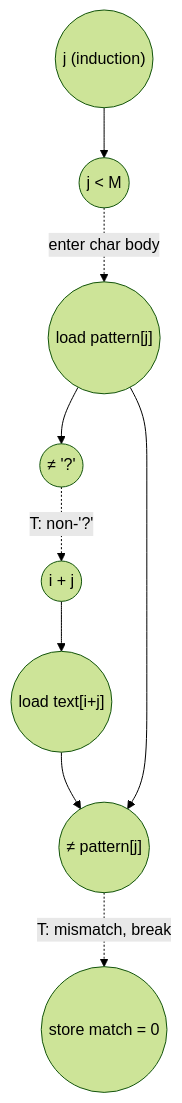
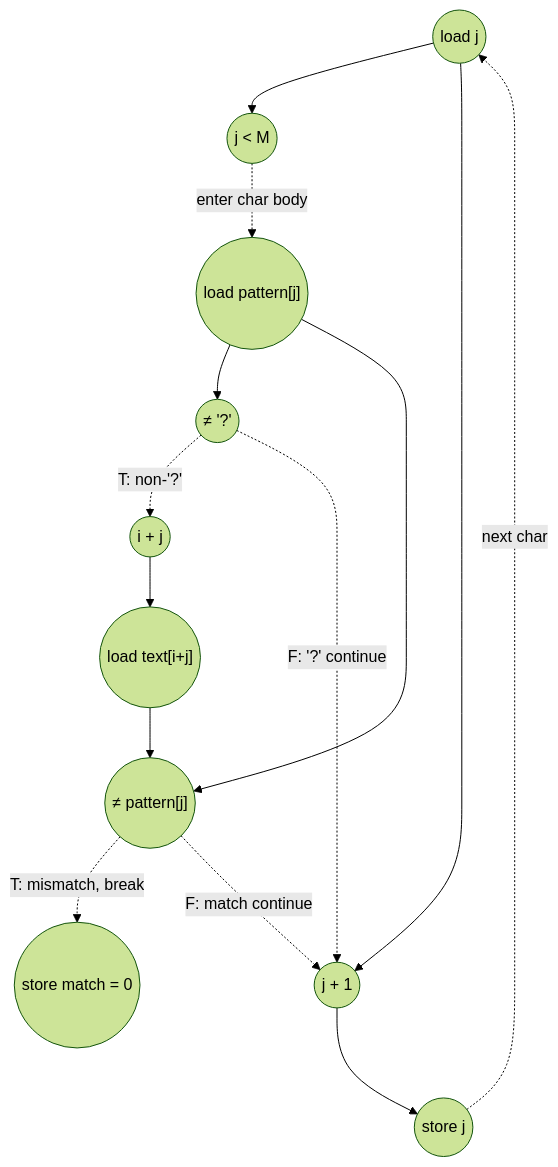
The diagram in tests/app/wildcard_match/wildcard_match_eval.md (PolyArch/loom), drawn with Mermaid (forest theme) before and after one commit. The commit also changed other lines of this file and 2 other files, not shown here.

````diff
--- a/tests/app/wildcard_match/wildcard_match_eval.md
+++ b/tests/app/wildcard_match/wildcard_match_eval.md
@@ -168,25 +192,33 @@
 ```mermaid
 graph TD
-    j(("j (induction)"))
+    ld_j(("load j"))
     bound_j((" j < M "))
     ld_pat(("load pattern[j]"))
     cmp_wc((" ≠ '?' "))
     addr((" i + j "))
     ld_txt(("load text[i+j]"))
     cmp_ch((" ≠ pattern[j] "))
     st_m0(("store match = 0"))
+    inc_j((" j + 1 "))
+    st_j(("store j"))
 
-    j --> bound_j
+    ld_j --> bound_j
     bound_j -. enter char body .-> ld_pat
     ld_pat --> cmp_wc
     %% && short-circuit: second operand gated by the first compare being TRUE
     cmp_wc -. T: non-'?' .-> addr
     addr --> ld_txt
     ld_txt --> cmp_ch
     ld_pat --> cmp_ch
-    %% mismatch path (break)
+    %% mismatch path (break) — no j++
     cmp_ch -. T: mismatch, break .-> st_m0
-    %% match/continue path: cmp_wc FALSE ('?') or cmp_ch FALSE → next char's j<M
+    %% continue path → j++ (gated by the determination compare)
+    cmp_wc -. F: '?' continue .-> inc_j
+    cmp_ch -. F: match continue .-> inc_j
+    ld_j --> inc_j
+    inc_j --> st_j
+    %% carried recurrence: store j feeds the next char's load j
+    st_j -. next char .-> ld_j
 
-    %% Critical path (matching char, 6): j → bound_j → [gate] → ld_pat → cmp_wc → [gate] → addr → ld_txt → cmp_ch
+    %% Critical path (matching char, 9): ld_j → bound_j → [gate] → ld_pat → cmp_wc → [gate] → addr → ld_txt → cmp_ch → inc_j → st_j
 ```
````
